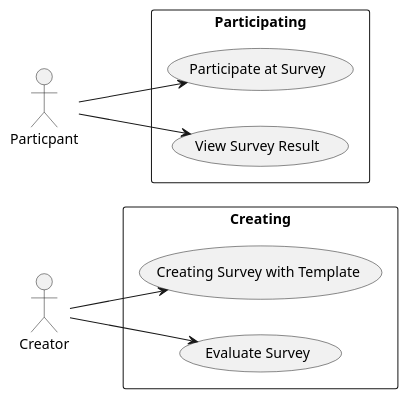
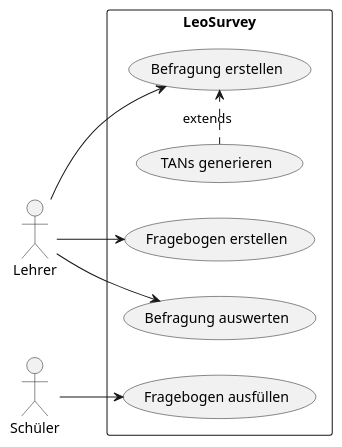
One commit to htl-leonding-project/leo-survey changed the diagram in Docs/system-specification-leosurvey/asciidocs/plantuml/ucd.puml. Above: the diagram before and after it, drawn with PlantUML. The commit also changed 7 other files, not shown here.

Commit message:
TF, 01.12.2020, updated UseCase-Diagram #3

```diff
--- a/Docs/system-specification-leosurvey/asciidocs/plantuml/ucd.puml
+++ b/Docs/system-specification-leosurvey/asciidocs/plantuml/ucd.puml
@@ -1,20 +1,19 @@
 @startuml
 left to right direction
-actor "Creator" as c
-actor "Particpant" as p
-rectangle Creating {
-    usecase "Creating Survey with Template" as UC1
-    usecase "Evaluate Survey" as UC2
+actor "Lehrer" as l
+actor "Schüler" as s
+rectangle LeoSurvey {
+    usecase "Fragebogen erstellen" as UC1
+    usecase "Befragung erstellen" as UC2
+    usecase "TANs generieren" as UC3
+    usecase "Befragung auswerten" as UC4
+    usecase "Fragebogen ausfüllen" as UC5
+    (UC3) .> (UC2) : extends
 }
 
-rectangle Participating {
-    usecase "Participate at Survey" as UC3
-    usecase "View Survey Result" as UC4
-}
-
-c --> UC1
-c --> UC2
-p --> UC3
-p --> UC4
+l --> UC1
+l --> UC2
+l --> UC4
+s --> UC5
 
 @enduml
```
